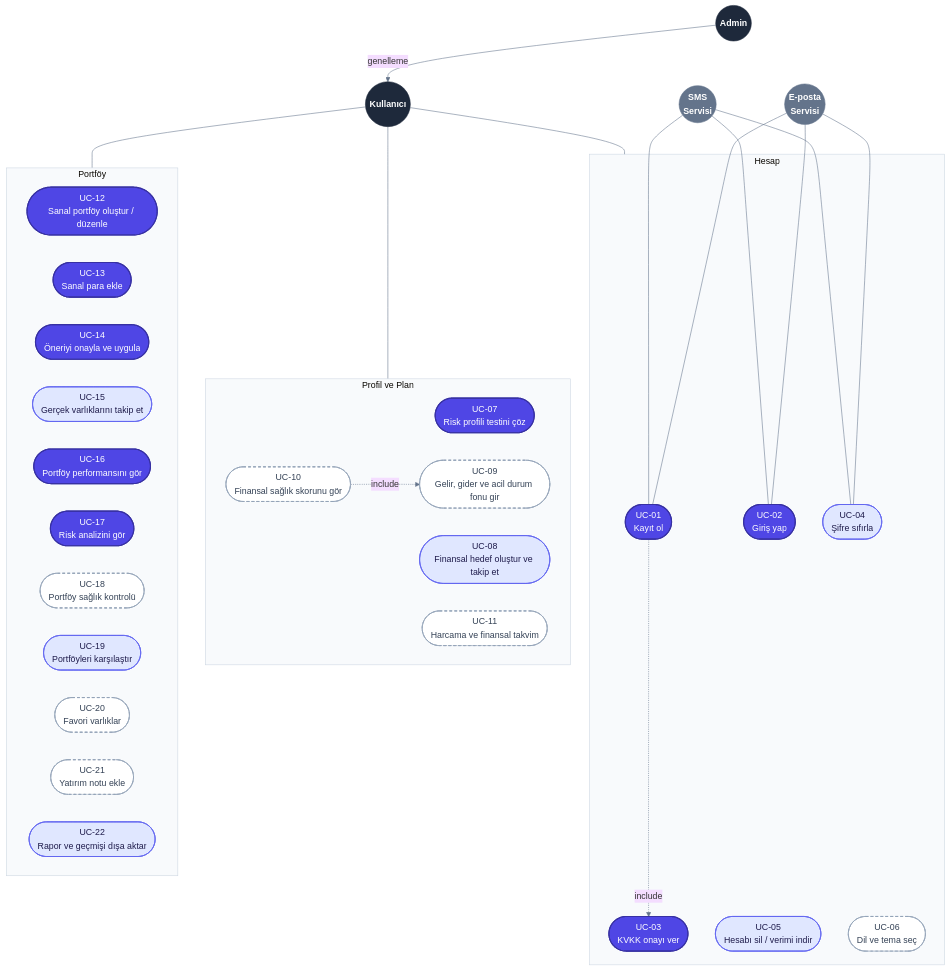
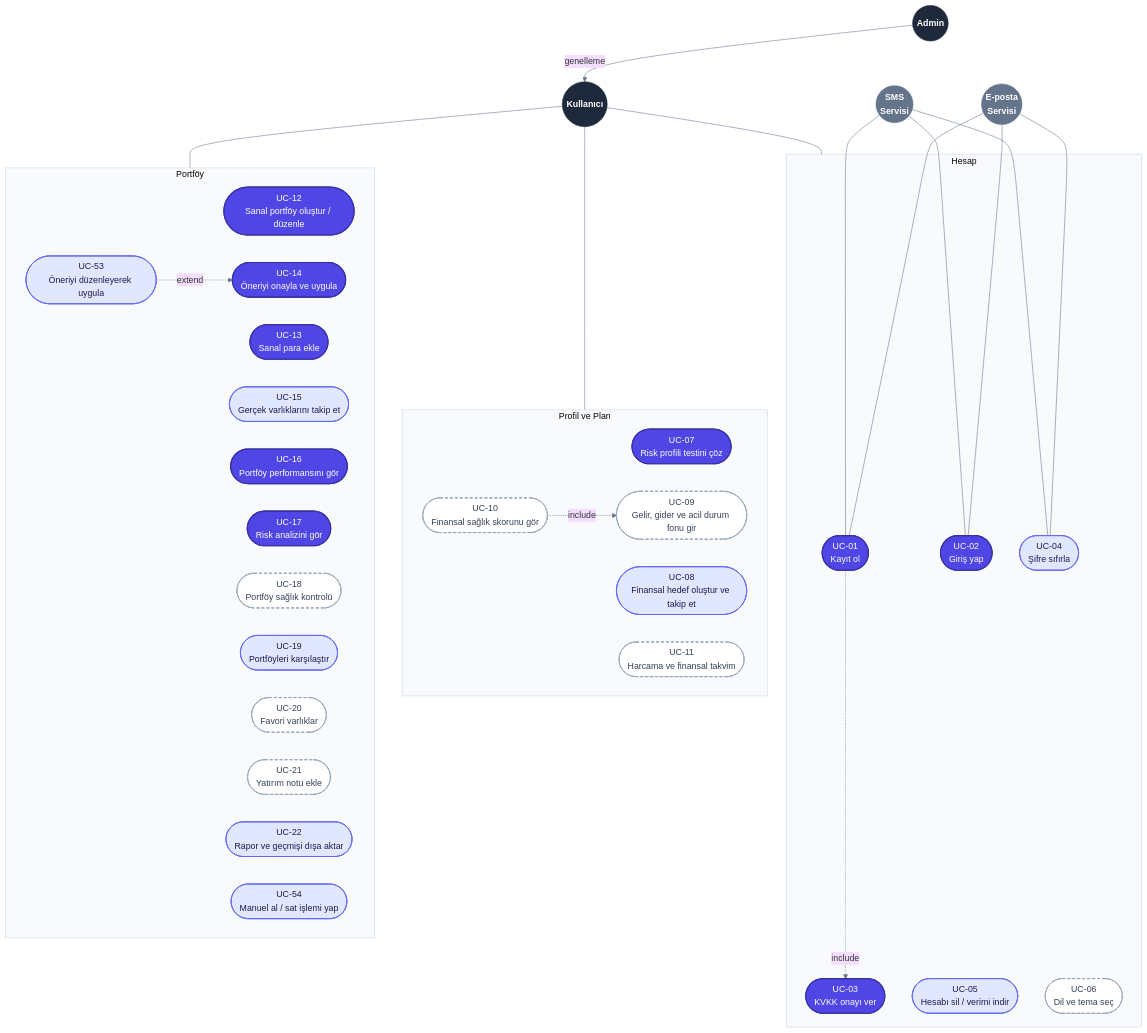
The first of 3 diagrams in docs/diagrams/use_case.md (isambais/portfoyai), drawn with Mermaid before and after one commit. The commit also changed other lines of this file and 2 other files, not shown here.

````diff
--- a/docs/diagrams/use_case.md
+++ b/docs/diagrams/use_case.md
@@ -18,70 +18,73 @@
 ```mermaid
 %%{init: {'theme':'base', 'themeVariables': {'fontFamily':'Arial', 'lineColor':'#64748B', 'clusterBkg':'#F8FAFC', 'clusterBorder':'#CBD5E1'}}}%%
 flowchart TB
     %% ===== AKTÖRLER =====
     U((Kullanıcı))
     A((Admin))
     E((E-posta<br/>Servisi))
     S((SMS<br/>Servisi))
 
     %% ===== GRUPLAR =====
     subgraph G1[" Hesap "]
         UC01([UC-01<br/>Kayıt ol])
         UC02([UC-02<br/>Giriş yap])
         UC03([UC-03<br/>KVKK onayı ver])
         UC04([UC-04<br/>Şifre sıfırla])
         UC05([UC-05<br/>Hesabı sil / verimi indir])
         UC06([UC-06<br/>Dil ve tema seç])
     end
 
     subgraph G2[" Profil ve Plan "]
         UC07([UC-07<br/>Risk profili testini çöz])
         UC08([UC-08<br/>Finansal hedef oluştur ve takip et])
         UC09([UC-09<br/>Gelir, gider ve acil durum fonu gir])
         UC10([UC-10<br/>Finansal sağlık skorunu gör])
         UC11([UC-11<br/>Harcama ve finansal takvim])
     end
 
     subgraph G3[" Portföy "]
         UC12([UC-12<br/>Sanal portföy oluştur / düzenle])
         UC13([UC-13<br/>Sanal para ekle])
         UC14([UC-14<br/>Öneriyi onayla ve uygula])
         UC15([UC-15<br/>Gerçek varlıklarını takip et])
         UC16([UC-16<br/>Portföy performansını gör])
         UC17([UC-17<br/>Risk analizini gör])
         UC18([UC-18<br/>Portföy sağlık kontrolü])
         UC19([UC-19<br/>Portföyleri karşılaştır])
         UC20([UC-20<br/>Favori varlıklar])
         UC21([UC-21<br/>Yatırım notu ekle])
         UC22([UC-22<br/>Rapor ve geçmişi dışa aktar])
+        UC53([UC-53<br/>Öneriyi düzenleyerek uygula])
+        UC54([UC-54<br/>Manuel al / sat işlemi yap])
     end
 
     %% ===== BAĞLANTILAR =====
     A -- genelleme --> U
     A ~~~ E
     A ~~~ S
     U --- G1
     U --- G2
     U --- G3
     E --- UC01
     E --- UC02
     E --- UC04
     S --- UC01
     S --- UC02
     S --- UC04
     UC01 -. include .-> UC03
     UC10 -. include .-> UC09
+    UC53 -. extend .-> UC14
 
     %% ===== STİL (renk = öncelik) =====
     classDef actor fill:#1E293B,stroke:#1E293B,color:#FFFFFF,font-weight:bold
     classDef ext fill:#64748B,stroke:#64748B,color:#FFFFFF,font-weight:bold
     classDef must fill:#4F46E5,stroke:#3730A3,stroke-width:2px,color:#FFFFFF
     classDef should fill:#E0E7FF,stroke:#6366F1,stroke-width:1.5px,color:#1E1B4B
     classDef could fill:#FFFFFF,stroke:#94A3B8,stroke-width:1.5px,stroke-dasharray:5 4,color:#334155
 
     class U,A actor
     class E,S ext
     class UC01,UC02,UC03,UC07,UC12,UC13,UC14,UC16,UC17 must
-    class UC04,UC05,UC08,UC15,UC19,UC22 should
+    class UC04,UC05,UC08,UC15,UC19,UC22,UC53,UC54 should
     class UC06,UC09,UC10,UC11,UC18,UC20,UC21 could
 ```
````
